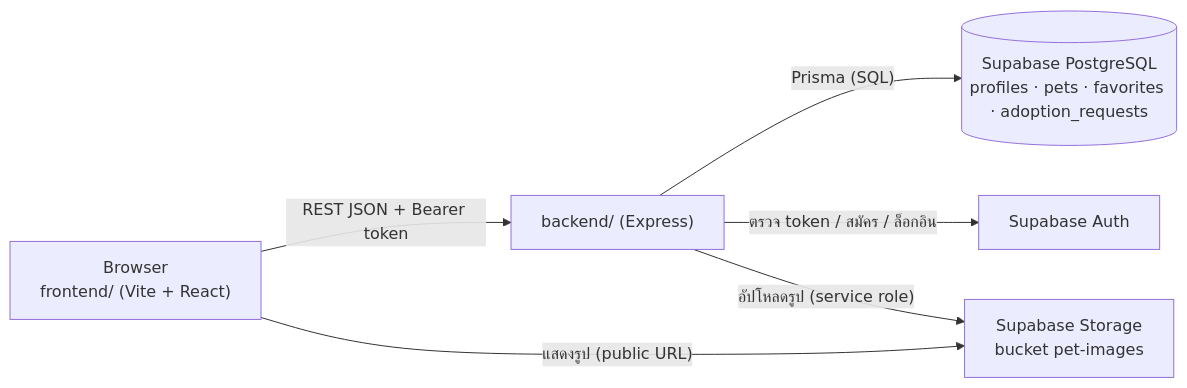
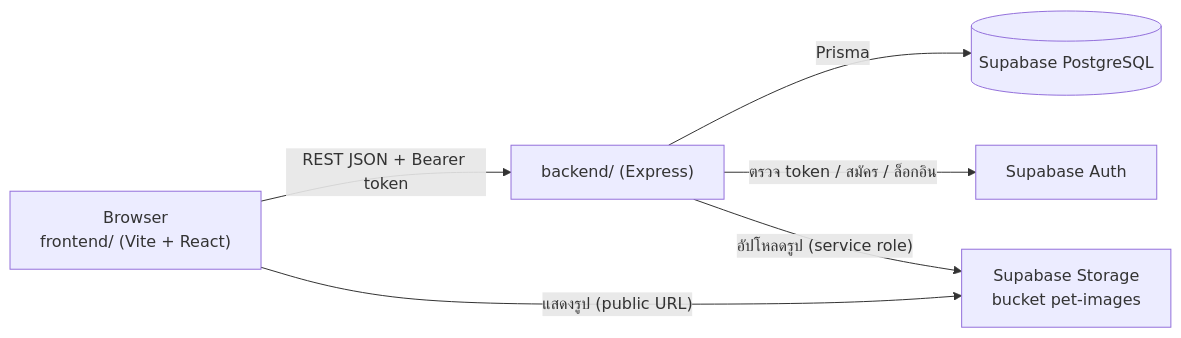
Before and after one commit to HAKUJJ/PawHome: the diagram in README.md, drawn with Mermaid. The commit also changed other lines of this file and 13 other files, not shown here.

````diff
--- a/README.md
+++ b/README.md
@@ -7,8 +66,8 @@
 ```mermaid
 flowchart LR
     B["Browser<br/>frontend/ (Vite + React)"] -- "REST JSON + Bearer token" --> A["backend/ (Express)"]
-    A -- "Prisma (SQL)" --> D[("Supabase PostgreSQL<br/>profiles · pets · favorites · adoption_requests")]
+    A -- "Prisma" --> D[("Supabase PostgreSQL")]
     A -- "ตรวจ token / สมัคร / ล็อกอิน" --> U["Supabase Auth"]
     A -- "อัปโหลดรูป (service role)" --> S["Supabase Storage<br/>bucket pet-images"]
     B -- "แสดงรูป (public URL)" --> S
 ```
````
